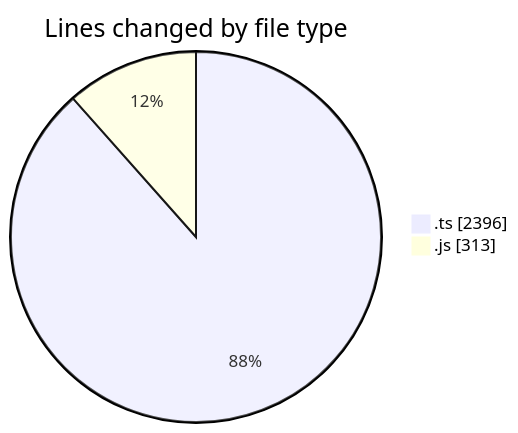
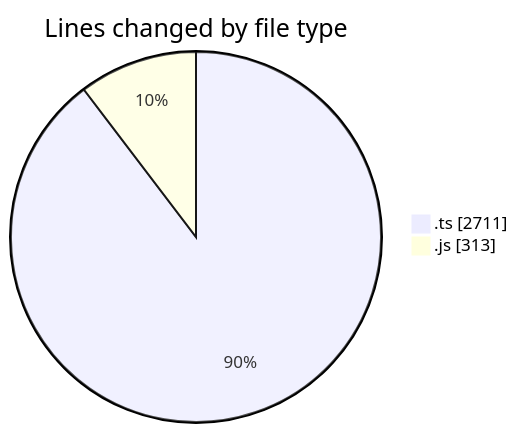
One commit to momahboobian/code-tracking changed the first of 2 diagrams in 2025-09-05/cda/README.md. Above: the diagram before and after it, drawn with Mermaid. The commit also changed other lines of this file and 1 other file, not shown here.

````diff
--- a/2025-09-05/cda/README.md
+++ b/2025-09-05/cda/README.md
@@ -22,6 +22,6 @@
 ```mermaid
 pie showData
 title Lines changed by file type
-".ts" : 2396
+".ts" : 2711
 ".js" : 313
 ```
````
